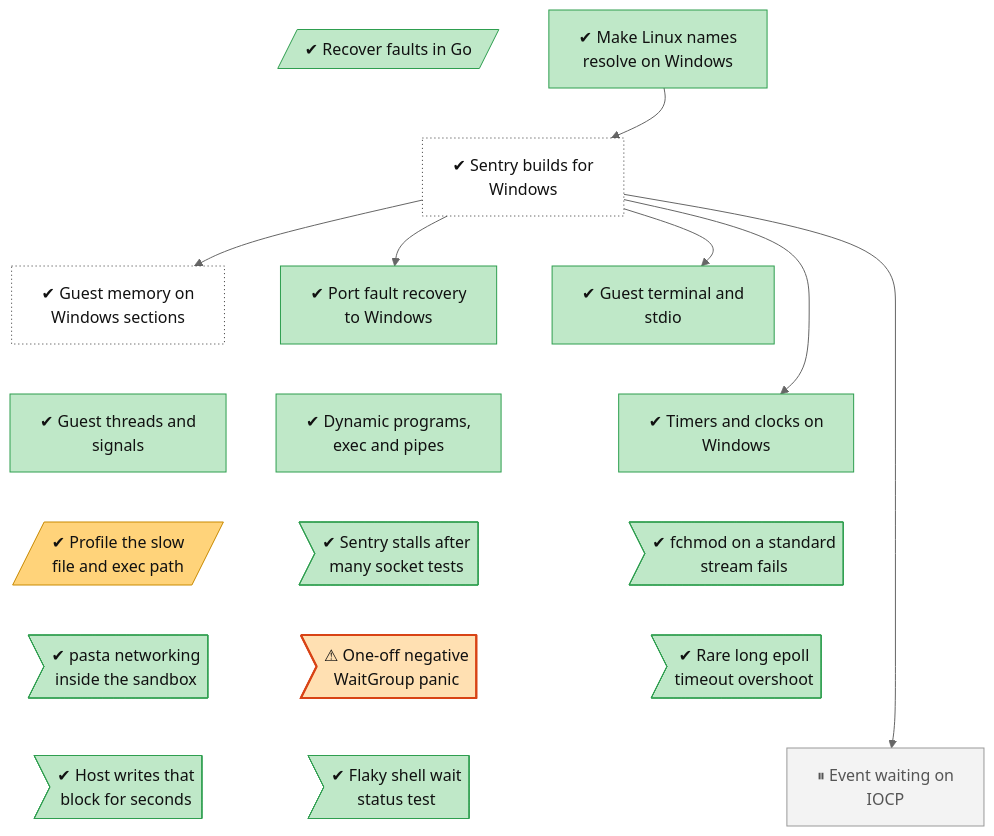
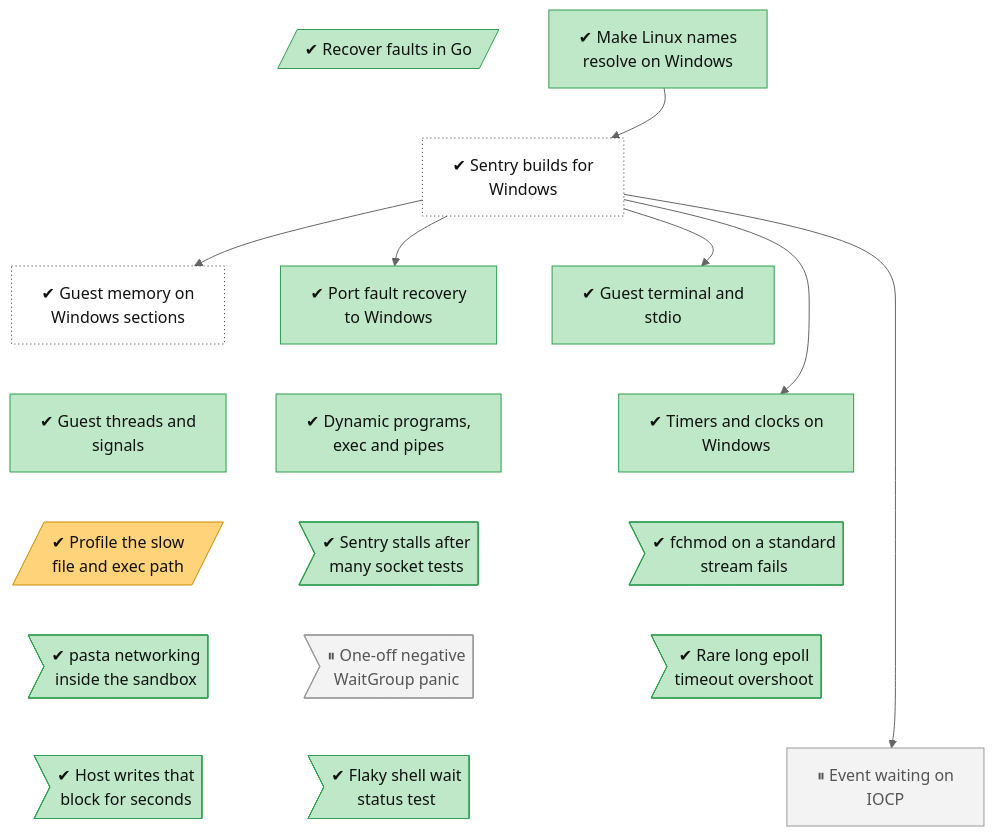
One commit to lhns/gvisor-windows changed the diagram in docs/roadmap/tracks/sentry.md. Above: the diagram before and after it, drawn with Mermaid (neutral theme). The commit also changed other lines of this file and 3 other files, not shown here.

Commit message:
Tree: park the WaitGroup panic; what the work-machine test must show

````diff
--- a/docs/roadmap/tracks/sentry.md
+++ b/docs/roadmap/tracks/sentry.md
@@ -10,63 +10,62 @@
 ```mermaid
 flowchart TB
     sentry_go_fault_recovery[/"✔ Recover faults in Go"/]
     sentry_unix_shim["✔ Make Linux names<br/>resolve on Windows"]
     sentry_windows_build["✔ Sentry builds for<br/>Windows"]
     sentry_memory_file_sections["✔ Guest memory on<br/>Windows sections"]
     sentry_fault_recovery["✔ Port fault recovery<br/>to Windows"]
     sentry_host_stdio_and_tty["✔ Guest terminal and<br/>stdio"]
     sentry_threads_and_signals["✔ Guest threads and<br/>signals"]
     sentry_dynamic_elf_and_exec["✔ Dynamic programs,<br/>exec and pipes"]
     sentry_timers_and_clocks["✔ Timers and clocks on<br/>Windows"]
     sentry_profile_small_file_path[/"✔ Profile the slow<br/>file and exec path"/]
     sentry_netpoll_failure>"✔ Sentry stalls after<br/>many socket tests"]
     sentry_fchmod_std_stream>"✔ fchmod on a standard<br/>stream fails"]
     sentry_pasta_in_sandbox>"✔ pasta networking<br/>inside the sandbox"]
-    sentry_waitgroup_panic>"⚠ One-off negative<br/>WaitGroup panic"]
+    sentry_waitgroup_panic>"⏸ One-off negative<br/>WaitGroup panic"]
     sentry_epoll_timeout_overshoot>"✔ Rare long epoll<br/>timeout overshoot"]
     sentry_host_io_under_locks>"✔ Host writes that<br/>block for seconds"]
     sentry_sh_wait_status_flake>"✔ Flaky shell wait<br/>status test"]
     sentry_event_loop_iocp["⏸ Event waiting on<br/>IOCP"]
     sentry_go_fault_recovery ~~~ sentry_windows_build
     sentry_unix_shim ~~~ sentry_windows_build
     sentry_windows_build ~~~ sentry_memory_file_sections
     sentry_windows_build ~~~ sentry_fault_recovery
     sentry_windows_build ~~~ sentry_host_stdio_and_tty
     sentry_memory_file_sections ~~~ sentry_threads_and_signals
     sentry_fault_recovery ~~~ sentry_dynamic_elf_and_exec
     sentry_host_stdio_and_tty ~~~ sentry_timers_and_clocks
     sentry_threads_and_signals ~~~ sentry_profile_small_file_path
     sentry_dynamic_elf_and_exec ~~~ sentry_netpoll_failure
     sentry_timers_and_clocks ~~~ sentry_fchmod_std_stream
     sentry_profile_small_file_path ~~~ sentry_pasta_in_sandbox
     sentry_netpoll_failure ~~~ sentry_waitgroup_panic
     sentry_fchmod_std_stream ~~~ sentry_epoll_timeout_overshoot
     sentry_pasta_in_sandbox ~~~ sentry_host_io_under_locks
     sentry_waitgroup_panic ~~~ sentry_sh_wait_status_flake
     sentry_epoll_timeout_overshoot ~~~ sentry_event_loop_iocp
     sentry_unix_shim --> sentry_windows_build
     sentry_windows_build --> sentry_memory_file_sections
     sentry_windows_build --> sentry_fault_recovery
     sentry_windows_build --> sentry_host_stdio_and_tty
     sentry_windows_build --> sentry_timers_and_clocks
     sentry_windows_build --> sentry_event_loop_iocp
     classDef vsucc fill:#2e9e4f,stroke:#1b6b34,color:#fff
     classDef succ fill:#bfe8c8,stroke:#2e9e4f,color:#111
     classDef mixed fill:#ffd37a,stroke:#c98a00,color:#111
     classDef bad fill:#f28b82,stroke:#b3261e,color:#111
     classDef dead fill:#e6e6e6,stroke:#777,stroke-dasharray:5 5,color:#555
     classDef inprog fill:#a8cdf5,stroke:#1f6fc5,color:#111
     classDef next fill:#fff,stroke:#333,color:#111
     classDef blocked fill:#fff,stroke:#b3261e,stroke-dasharray:2 2,color:#111
     classDef parked fill:#f3f3f3,stroke:#999,color:#555
     classDef unrated fill:#fff,stroke:#333,stroke-dasharray:1 3,color:#111
     classDef gate fill:#d9c2f0,stroke:#7b3fb5,color:#111
     classDef decided fill:#ece0f7,stroke:#7b3fb5,stroke-dasharray:2 2,color:#111
     classDef finding fill:#ffe0b2,stroke:#d84315,stroke-width:2px,color:#111
     classDef waiting fill:#e3f2fd,stroke:#1f6fc5,stroke-dasharray:5 5,color:#111
     class sentry_go_fault_recovery,sentry_unix_shim,sentry_fault_recovery,sentry_host_stdio_and_tty,sentry_threads_and_signals,sentry_dynamic_elf_and_exec,sentry_timers_and_clocks,sentry_netpoll_failure,sentry_fchmod_std_stream,sentry_pasta_in_sandbox,sentry_epoll_timeout_overshoot,sentry_host_io_under_locks,sentry_sh_wait_status_flake succ
     class sentry_windows_build,sentry_memory_file_sections unrated
     class sentry_profile_small_file_path mixed
-    class sentry_waitgroup_panic finding
-    class sentry_event_loop_iocp parked
+    class sentry_waitgroup_panic,sentry_event_loop_iocp parked
 ```
````
